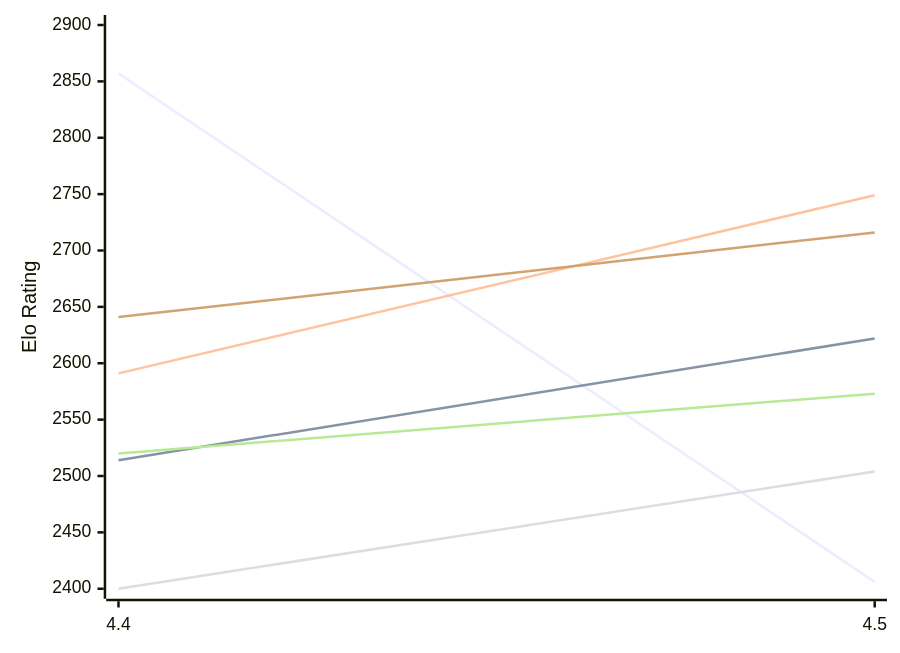
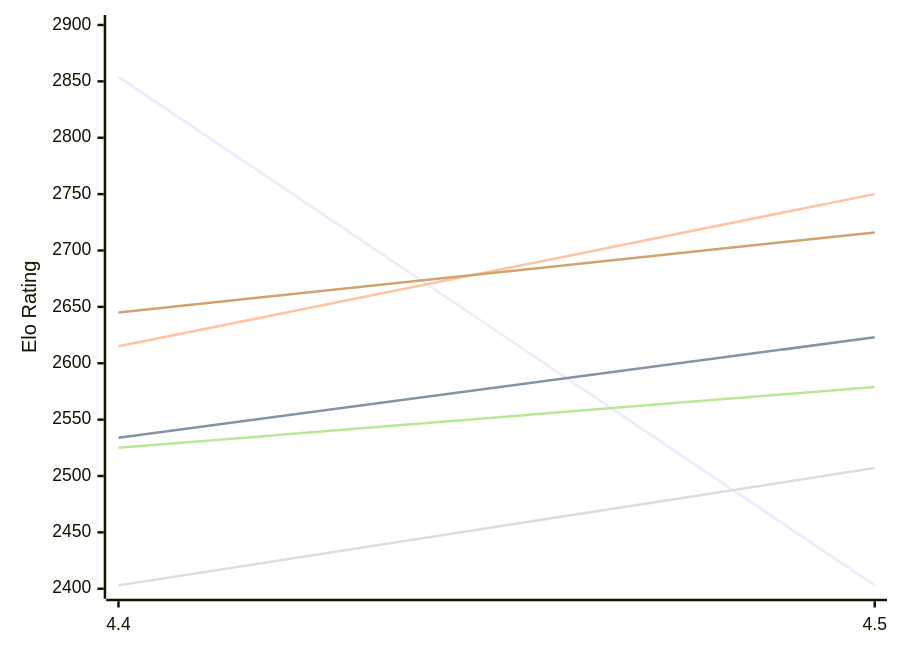
One commit to computer-chess-index/cci changed the first of 2 diagrams in engines/Eubos.md. Above: the diagram before and after it, drawn with Mermaid. The commit also changed other lines of this file, not shown here.

Commit message:
Update CCI Ratings (ELO VLTC) - 2026-11-24

````diff
--- a/engines/Eubos.md
+++ b/engines/Eubos.md
@@ -52,12 +52,12 @@
 ```mermaid
 %%{init: {"theme":"base","themeVariables":{"seriesColors:['#a3a3a3','#222221','#faa371']}}}%%
 xychart-beta
   x-axis ["4.4", "4.5"]
   y-axis "Elo Rating" 2400 --> 2900
-  line "E1: STC (8.0+0.08s)" [2857, 2406]
-  line "E1: LTC (60.0+0.60s)" [2514, 2622]
-  line "E1: VLTC (2m24s+1.12s)" [2591, 2749]
-  line "P1: STC (8.0+0.08s)" [2400, 2504]
-  line "P1: LTC (60.0+0.60s)" [2520, 2573]
-  line "P1: VLTC (2m24s+1.12s)" [2641, 2716]
+  line "E1: STC (8.0+0.08s)" [2854, 2403]
+  line "E1: LTC (60.0+0.60s)" [2534, 2623]
+  line "E1: VLTC (2m24s+1.12s)" [2615, 2750]
+  line "P1: STC (8.0+0.08s)" [2403, 2507]
+  line "P1: LTC (60.0+0.60s)" [2525, 2579]
+  line "P1: VLTC (2m24s+1.12s)" [2645, 2716]
 ```
````
